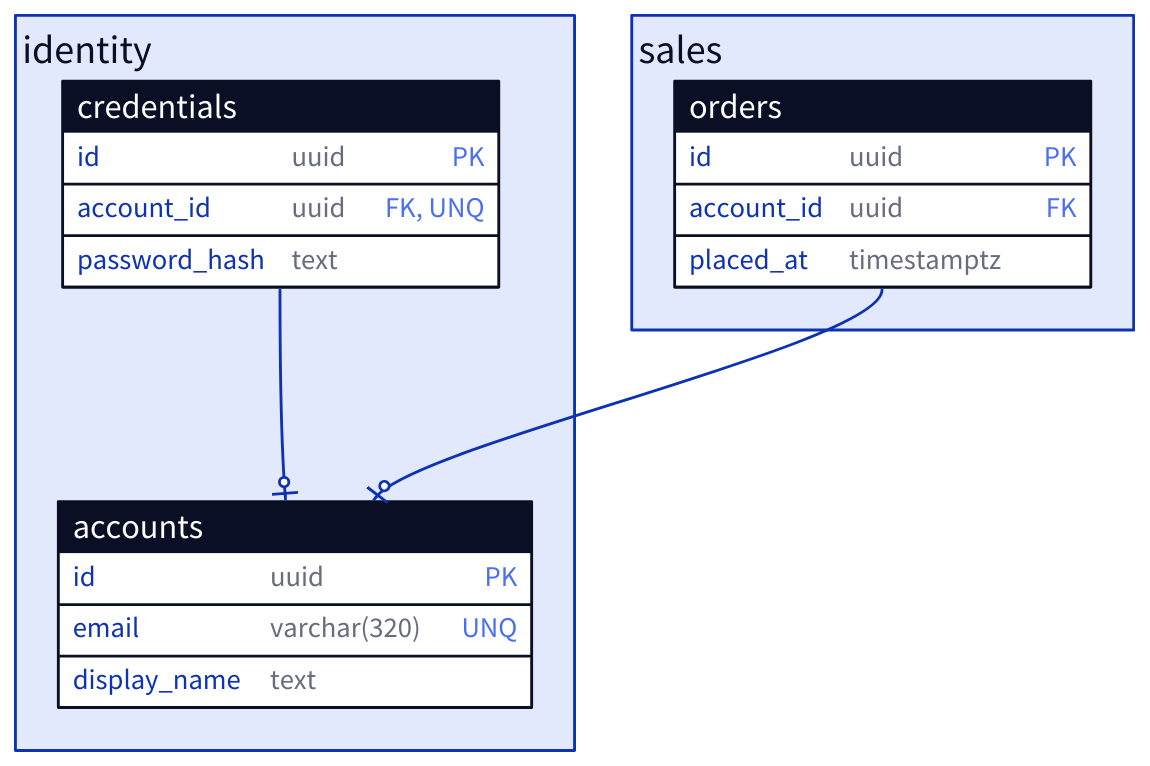
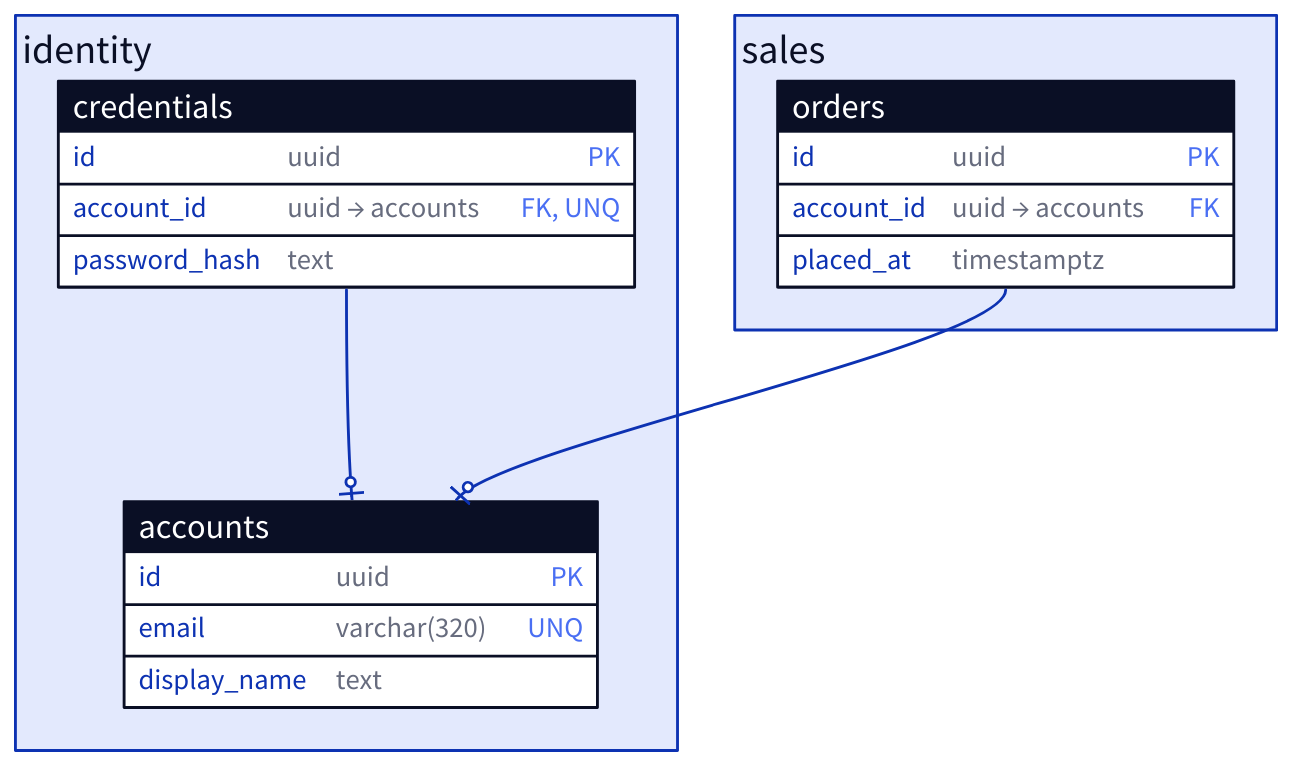
Before and after one commit to supostat/mneme-plugin: the diagram in figura/reference/erd.d2, drawn with D2. The commit also changed 4 other files, not shown here.

First line of the commit message:
Teach the ERD docs to paste parts with dagre and name FK targets

```diff
--- a/figura/reference/erd.d2
+++ b/figura/reference/erd.d2
@@ -1,29 +1,29 @@
 "identity": {
   label.near: top-left
   "accounts": {
     shape: sql_table
     class: table
     "id": "uuid" {constraint: primary_key}
     "email": "varchar(320)" {constraint: unique}
     "display_name": "text"
   }
   "credentials": {
     shape: sql_table
     class: table
     "id": "uuid" {constraint: primary_key}
-    "account_id": "uuid" {constraint: [foreign_key; unique]}
+    "account_id": "uuid → accounts" {constraint: [foreign_key; unique]}
     "password_hash": "text"
   }
 }
 "sales": {
   label.near: top-left
   "orders": {
     shape: sql_table
     class: table
     "id": "uuid" {constraint: primary_key}
-    "account_id": "uuid" {constraint: foreign_key}
+    "account_id": "uuid → accounts" {constraint: foreign_key}
     "placed_at": "timestamptz"
   }
 }
 "identity"."credentials"."account_id" -> "identity"."accounts"."id": {source-arrowhead.shape: cf-one; target-arrowhead.shape: cf-one}
 "sales"."orders"."account_id" -> "identity"."accounts"."id": {source-arrowhead.shape: cf-many; target-arrowhead.shape: cf-one}
```
